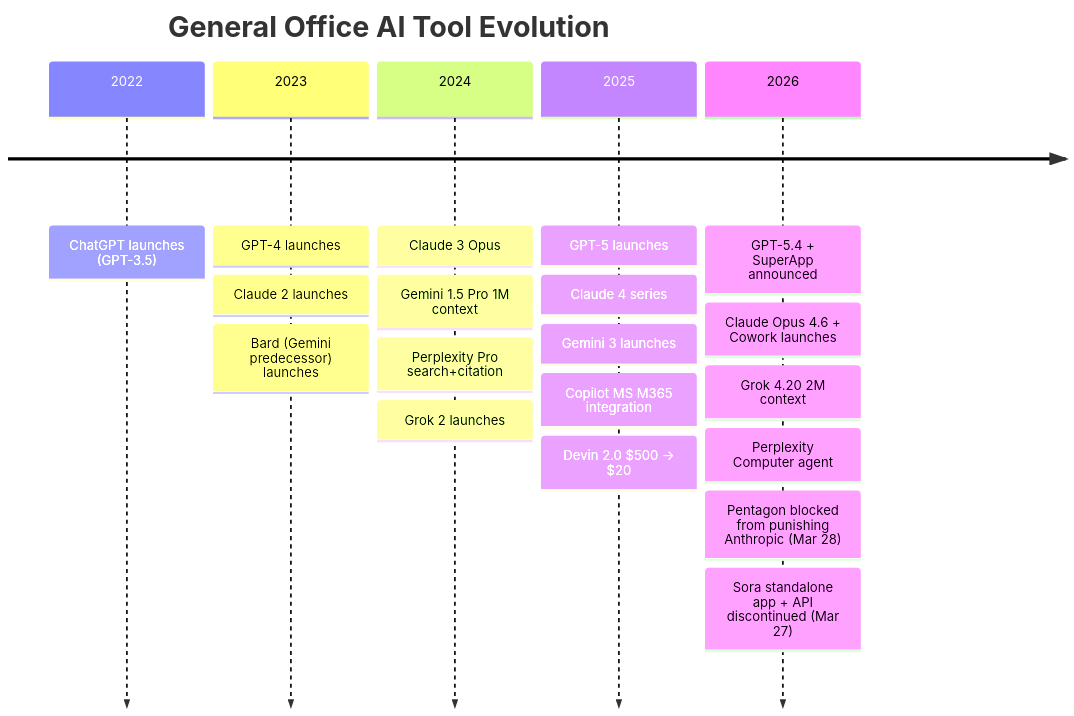
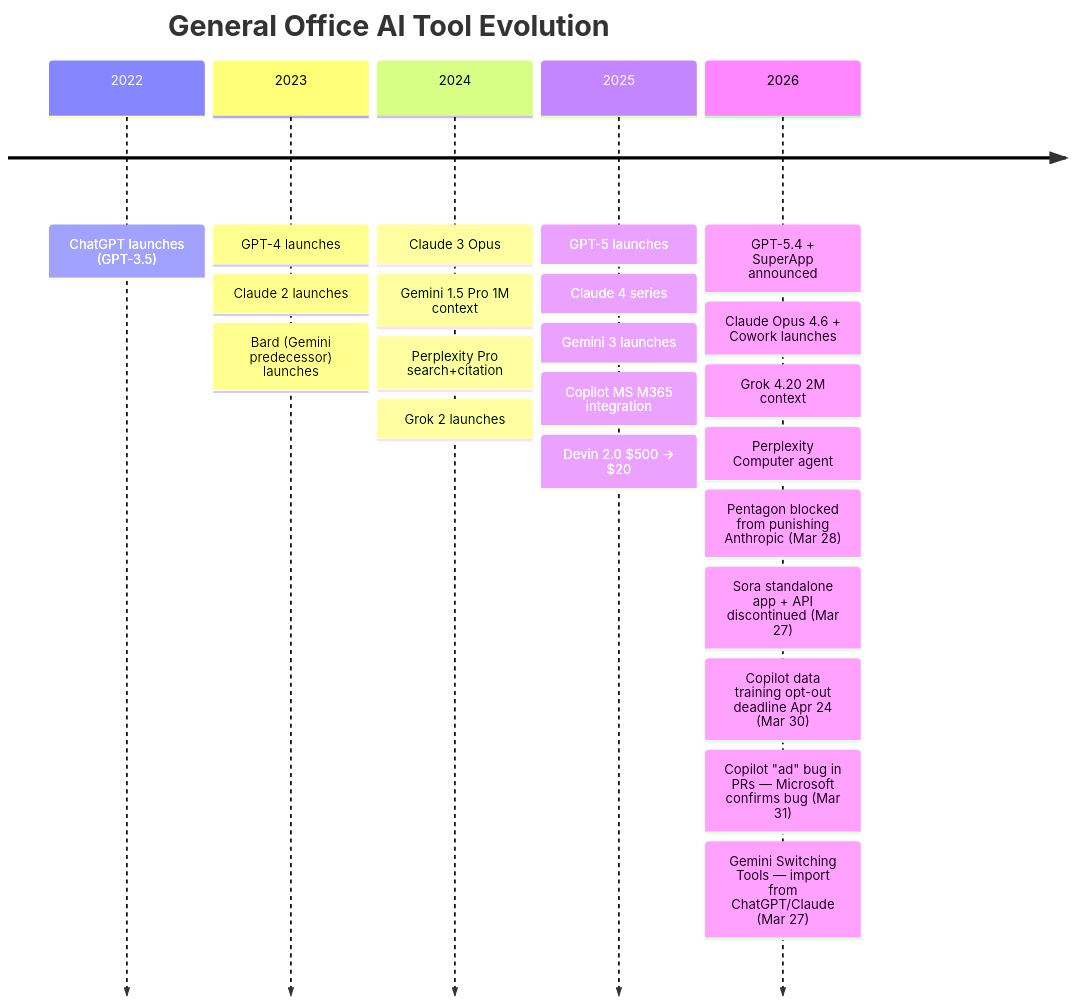
The tenth of 11 diagrams in README.md (Lazere4385/ai-whatchelin), drawn with Mermaid before and after one commit. The commit also changed other lines of this file and 2 other files, not shown here.

````diff
--- a/README.md
+++ b/README.md
@@ -759,23 +786,26 @@
 ```mermaid
 timeline
     title General Office AI Tool Evolution
     2022 : ChatGPT launches (GPT-3.5)
     2023 : GPT-4 launches
          : Claude 2 launches
          : Bard (Gemini predecessor) launches
     2024 : Claude 3 Opus
          : Gemini 1.5 Pro 1M context
          : Perplexity Pro search+citation
          : Grok 2 launches
     2025 : GPT-5 launches
          : Claude 4 series
          : Gemini 3 launches
          : Copilot MS M365 integration
          : Devin 2.0 $500 → $20
     2026 : GPT-5.4 + SuperApp announced
          : Claude Opus 4.6 + Cowork launches
          : Grok 4.20 2M context
          : Perplexity Computer agent
          : Pentagon blocked from punishing Anthropic (Mar 28)
          : Sora standalone app + API discontinued (Mar 27)
+         : Copilot data training opt-out deadline Apr 24 (Mar 30)
+         : Copilot "ad" bug in PRs — Microsoft confirms bug (Mar 31)
+         : Gemini Switching Tools — import from ChatGPT/Claude (Mar 27)
 ```
````
